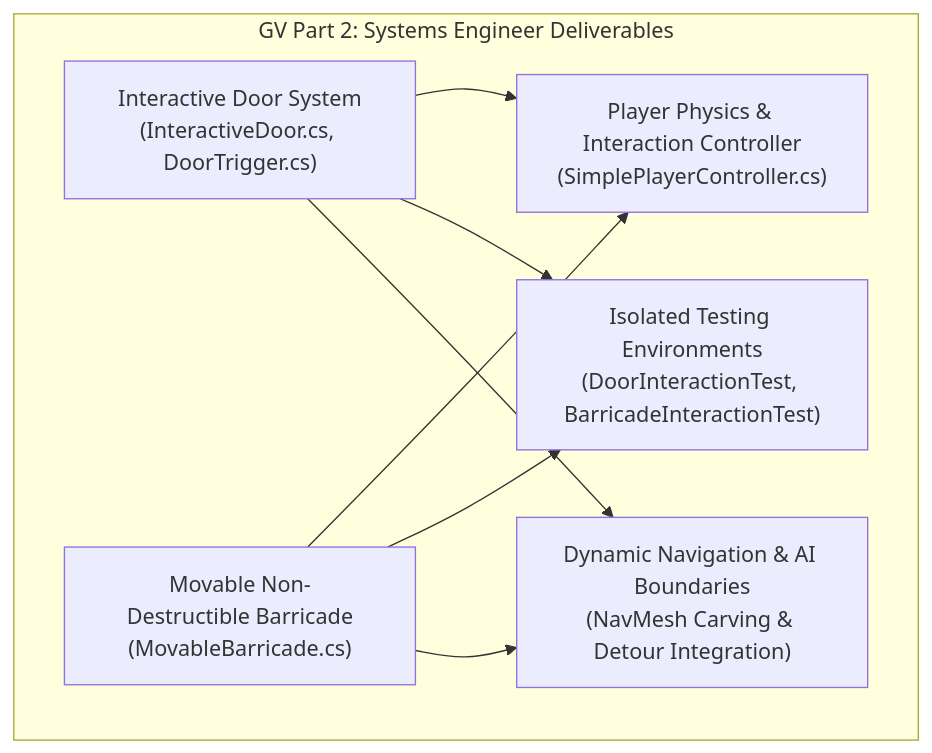
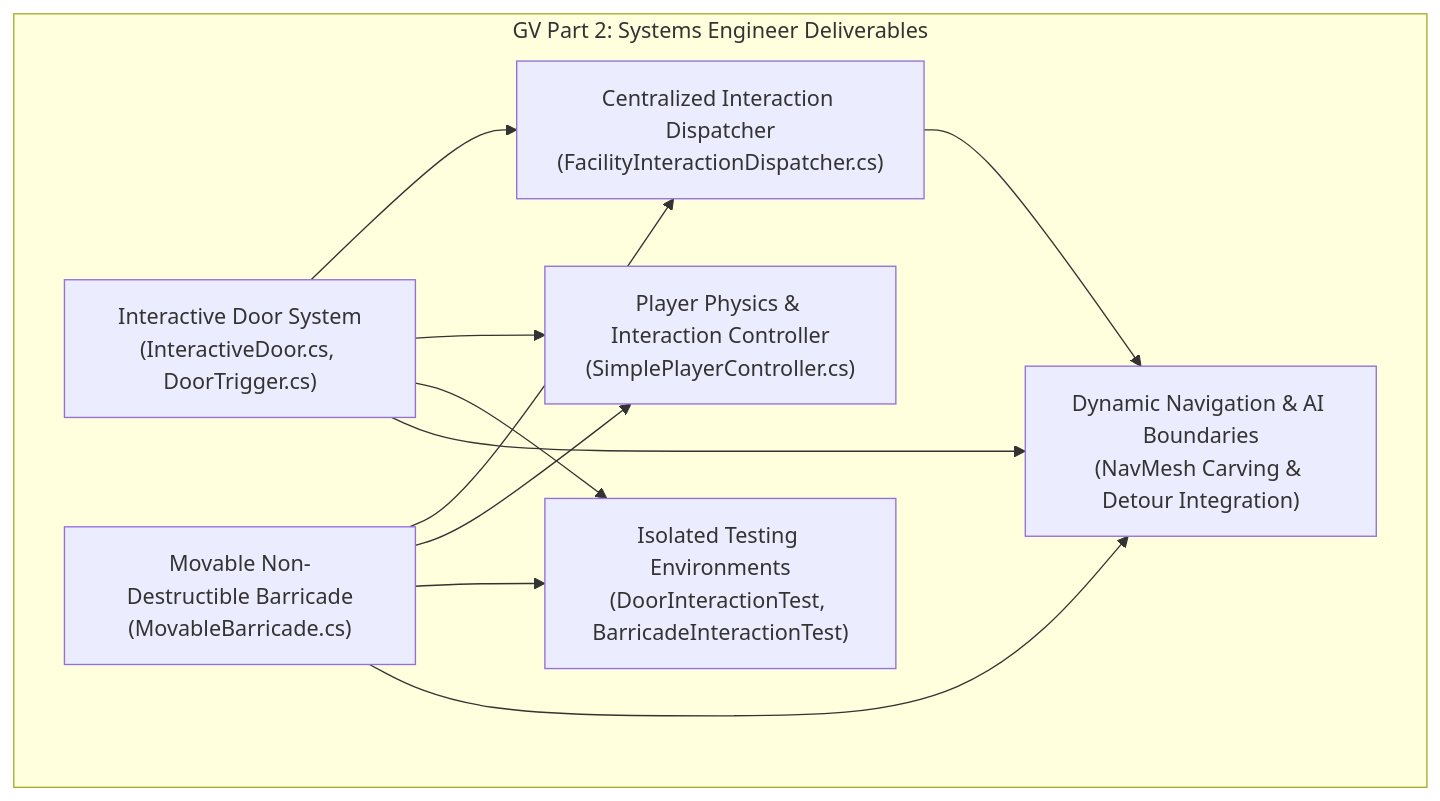
One commit to Kunchana-Wijesinghe/Interactive-3D-Shooting-Game-GV-IS changed the first of 4 diagrams in docs/individual/IT24102587_GV_Part2_README.md. Above: the diagram before and after it, drawn with Mermaid. The commit also changed other lines of this file and 9 other files, not shown here.

````diff
--- a/docs/individual/IT24102587_GV_Part2_README.md
+++ b/docs/individual/IT24102587_GV_Part2_README.md
@@ -31,16 +33,20 @@
 ```mermaid
 graph TD
     subgraph GV_Part2_Scope["GV Part 2: Systems Engineer Deliverables"]
         DoorSys["Interactive Door System<br/>(InteractiveDoor.cs, DoorTrigger.cs)"]
         BarricadeSys["Movable Non-Destructible Barricade<br/>(MovableBarricade.cs)"]
         PlayerPhys["Player Physics & Interaction Controller<br/>(SimplePlayerController.cs)"]
+        InteractionDispatcher["Centralized Interaction Dispatcher<br/>(FacilityInteractionDispatcher.cs)"]
         TestScenes["Isolated Testing Environments<br/>(DoorInteractionTest, BarricadeInteractionTest)"]
         NavInteg["Dynamic Navigation & AI Boundaries<br/>(NavMesh Carving & Detour Integration)"]
     end
+    DoorSys --> InteractionDispatcher
+    BarricadeSys --> InteractionDispatcher
     DoorSys --> PlayerPhys
     BarricadeSys --> PlayerPhys
+    InteractionDispatcher --> NavInteg
     DoorSys --> TestScenes
     BarricadeSys --> TestScenes
     BarricadeSys --> NavInteg
     DoorSys --> NavInteg
 ```
````
